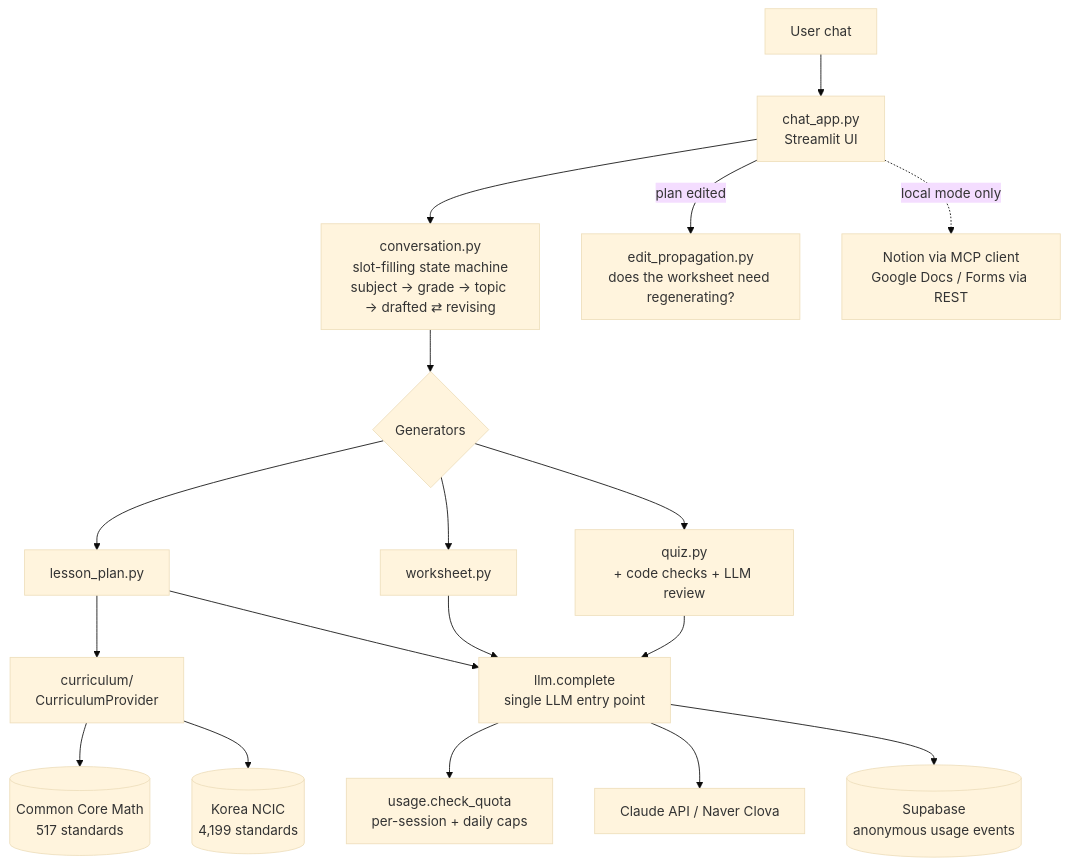
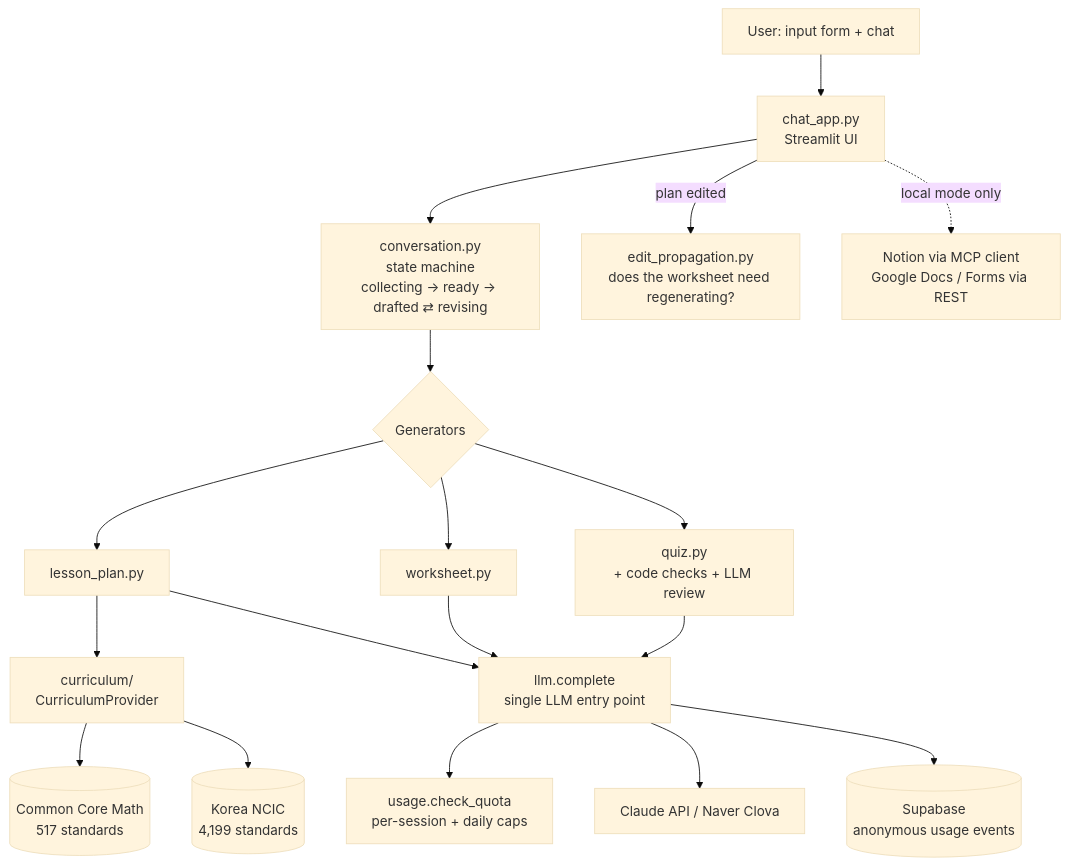
Before and after one commit to werfriend808/class-prep-agent: the diagram in README.md, drawn with Mermaid (base theme). The commit also changed other lines of this file and 1 other file, not shown here.

First line of the commit message:
docs: explain the input form and the revision-target choice

````diff
--- a/README.md
+++ b/README.md
@@ -27,18 +27,18 @@
 ```mermaid
 flowchart TD
-    U[User chat] --> UI[chat_app.py<br/>Streamlit UI]
-    UI --> CS[conversation.py<br/>slot-filling state machine<br/>subject → grade → topic → drafted ⇄ revising]
+    U[User: input form + chat] --> UI[chat_app.py<br/>Streamlit UI]
+    UI --> CS[conversation.py<br/>state machine<br/>collecting → ready → drafted ⇄ revising]
     CS --> GEN{Generators}
     GEN --> LP[lesson_plan.py]
     GEN --> WS[worksheet.py]
     GEN --> QZ[quiz.py<br/>+ code checks + LLM review]
     LP --> CP[curriculum/<br/>CurriculumProvider]
     CP --> CC[(Common Core Math<br/>517 standards)]
     CP --> NC[(Korea NCIC<br/>4,199 standards)]
     LP & WS & QZ --> LLM[llm.complete<br/>single LLM entry point]
     LLM --> Q[usage.check_quota<br/>per-session + daily caps]
     LLM --> PROV[Claude API / Naver Clova]
     LLM --> MET[(Supabase<br/>anonymous usage events)]
     UI -->|plan edited| EP[edit_propagation.py<br/>does the worksheet need regenerating?]
     UI -. local mode only .-> EXT[Notion via MCP client<br/>Google Docs / Forms via REST]
 ```
````
